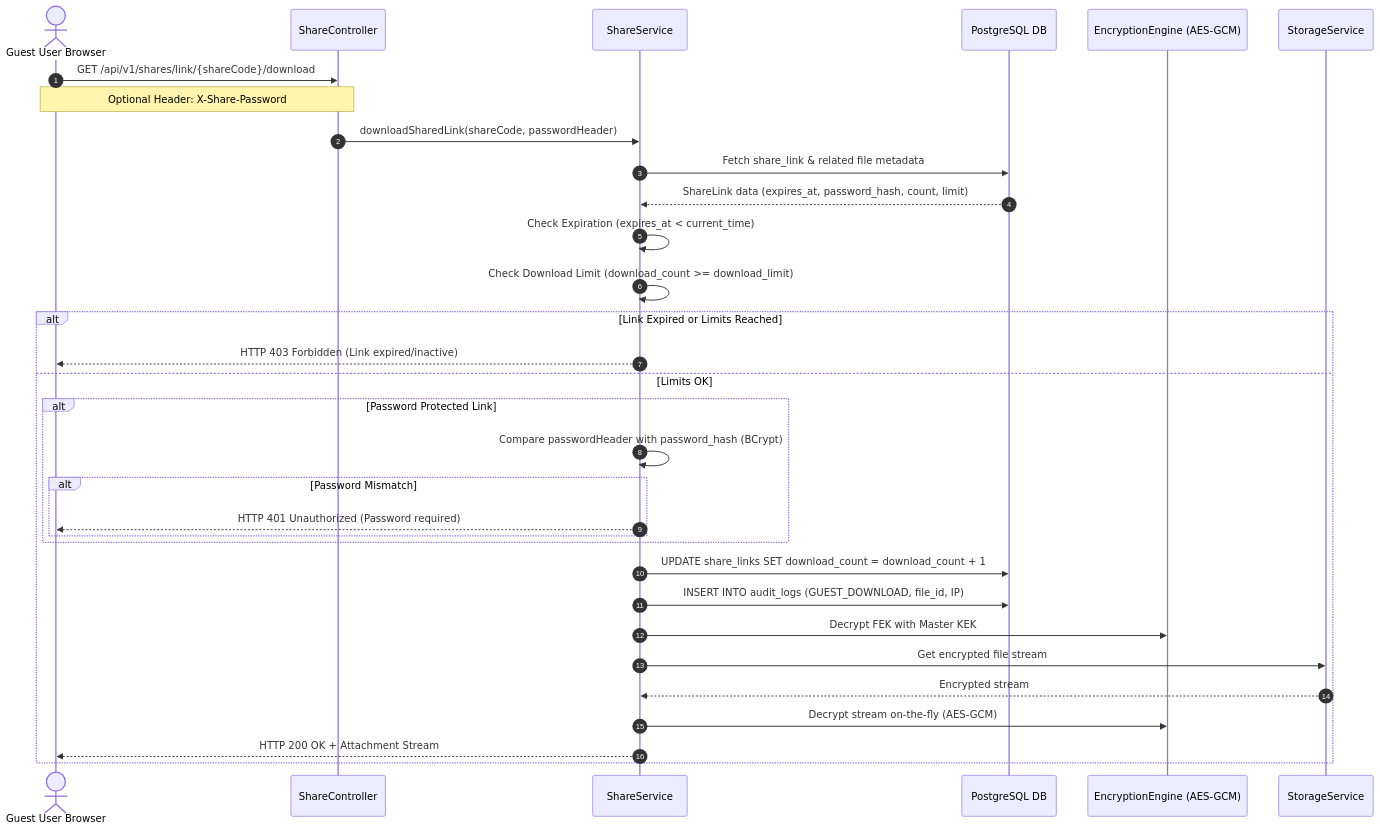
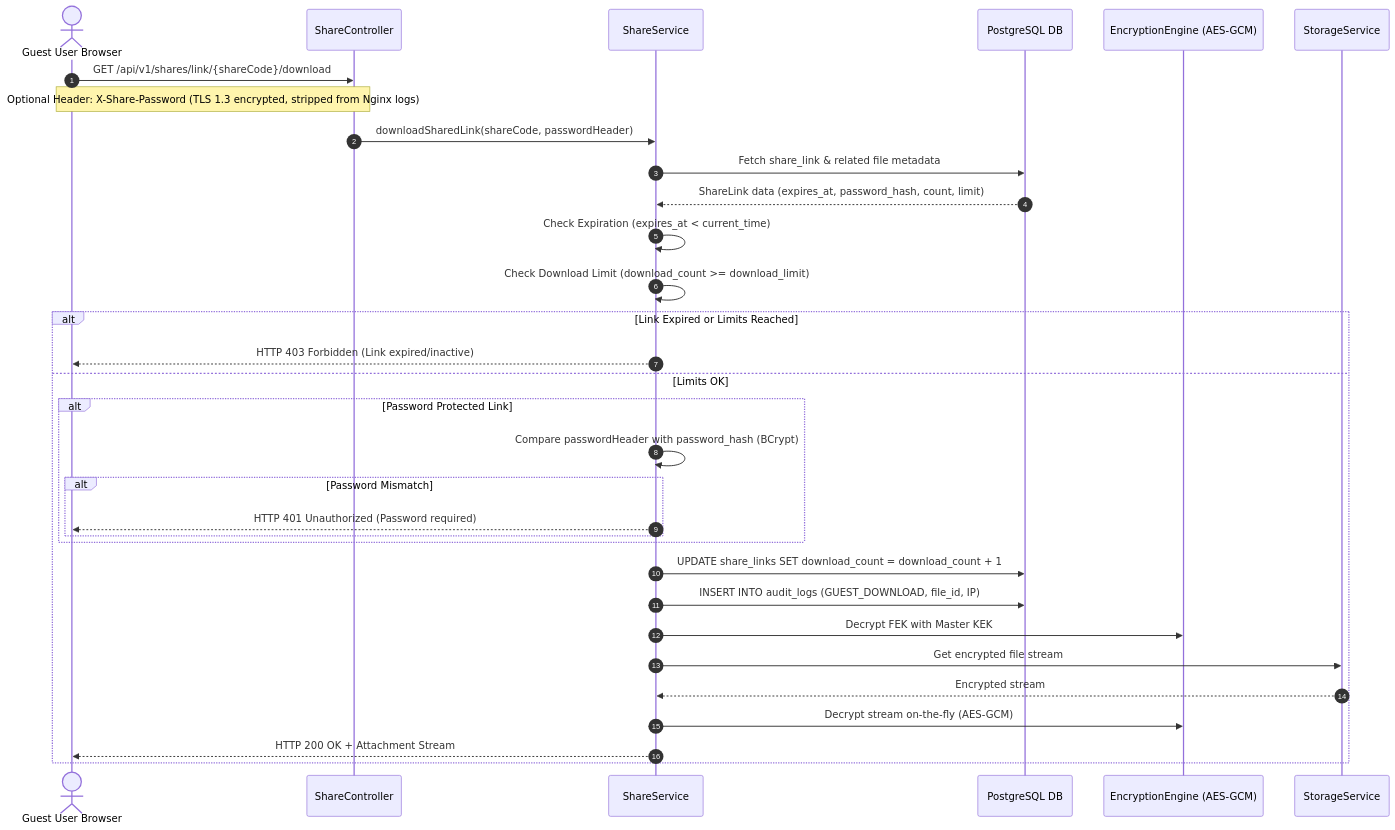
Before and after one commit to Dhruv0306/cloudshare-app: the fourth of 4 diagrams in docs/system-design/data-flows.md, drawn with Mermaid.

Commit message:
docs: annotate shared link sequence diagram with log-stripping note

````diff
--- a/docs/system-design/data-flows.md
+++ b/docs/system-design/data-flows.md
@@ -132,43 +132,43 @@
 ```mermaid
 sequenceDiagram
     autonumber
     actor Guest as Guest User Browser
     participant Controller as ShareController
     participant Service as ShareService
     participant DB as PostgreSQL DB
     participant Crypto as EncryptionEngine (AES-GCM)
     participant Storage as StorageService
 
     Guest->>Controller: GET /api/v1/shares/link/{shareCode}/download
-    Note over Guest, Controller: Optional Header: X-Share-Password
+    Note over Guest, Controller: Optional Header: X-Share-Password (TLS 1.3 encrypted, stripped from Nginx logs)
     Controller->>Service: downloadSharedLink(shareCode, passwordHeader)
     
     Service->>DB: Fetch share_link & related file metadata
     DB-->>Service: ShareLink data (expires_at, password_hash, count, limit)
     
     Service->>Service: Check Expiration (expires_at < current_time)
     Service->>Service: Check Download Limit (download_count >= download_limit)
     
     alt Link Expired or Limits Reached
         Service-->>Guest: HTTP 403 Forbidden (Link expired/inactive)
     else Limits OK
         %% Password Check
         alt Password Protected Link
             Service->>Service: Compare passwordHeader with password_hash (BCrypt)
             alt Password Mismatch
                 Service-->>Guest: HTTP 401 Unauthorized (Password required)
             end
         end
         
         %% Increment count
         Service->>DB: UPDATE share_links SET download_count = download_count + 1
         Service->>DB: INSERT INTO audit_logs (GUEST_DOWNLOAD, file_id, IP)
         
         %% Streaming
         Service->>Crypto: Decrypt FEK with Master KEK
         Service->>Storage: Get encrypted file stream
         Storage-->>Service: Encrypted stream
         Service->>Crypto: Decrypt stream on-the-fly (AES-GCM)
         Service-->>Guest: HTTP 200 OK + Attachment Stream
     end
 ```
````
